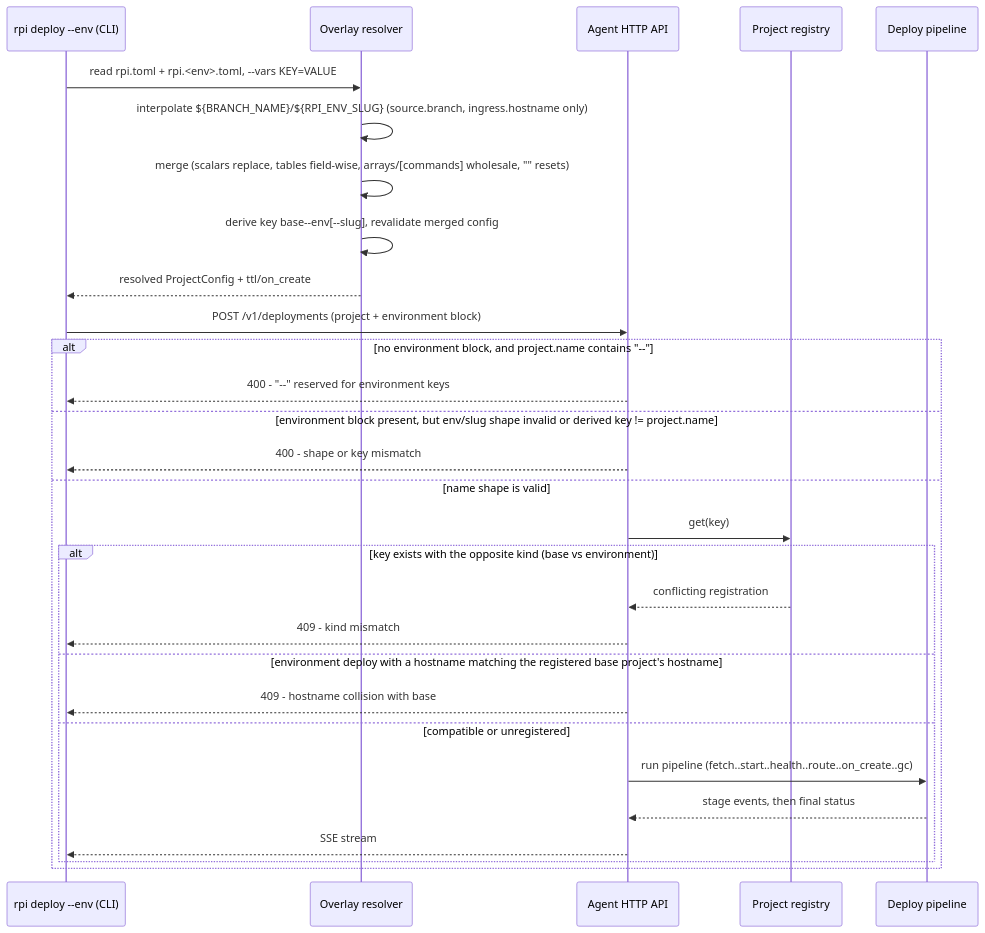
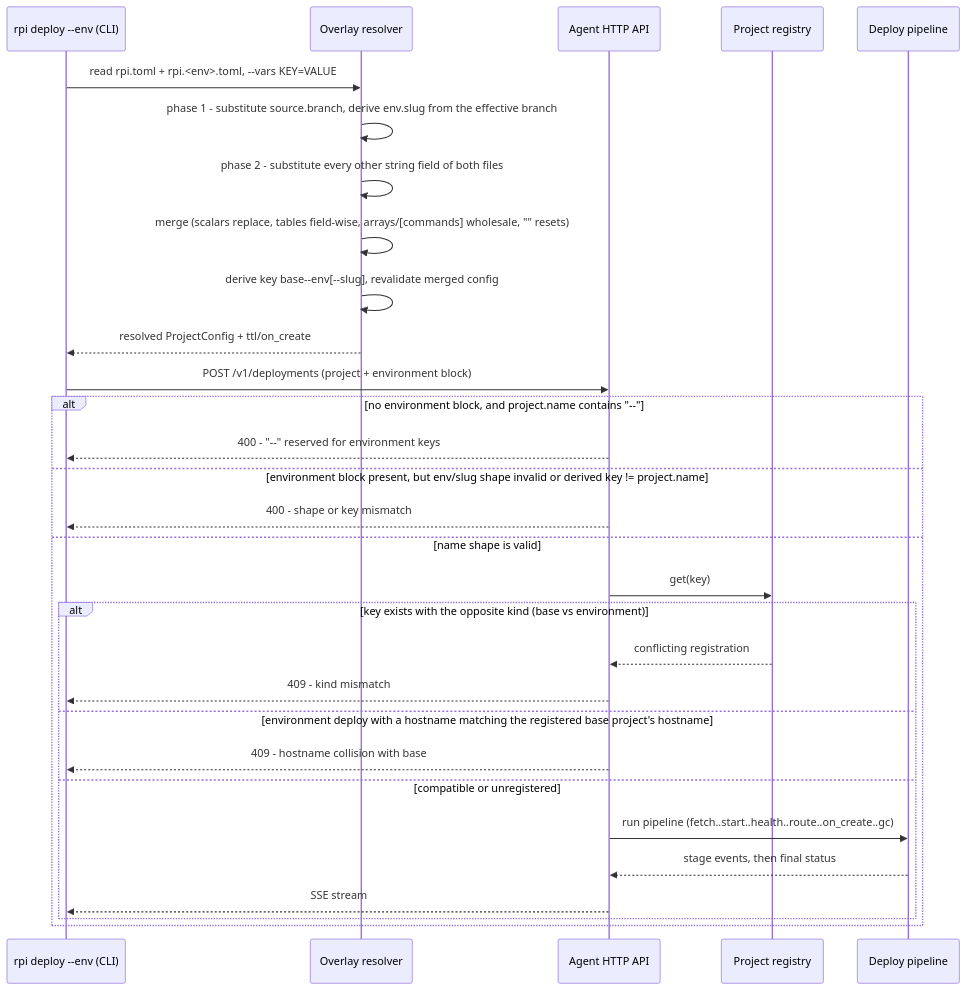
Before and after one commit to khmilevoi/pi-deploy: the first of 2 diagrams in docs/architecture/flows/environments.md, drawn with Mermaid. The commit also changed other lines of this file and 7 other files, not shown here.

````diff
--- a/docs/architecture/flows/environments.md
+++ b/docs/architecture/flows/environments.md
@@ -15,32 +15,33 @@
 ```mermaid
 sequenceDiagram
     participant CLI as rpi deploy --env (CLI)
     participant Ovl as Overlay resolver
     participant API as Agent HTTP API
     participant Reg as Project registry
     participant P as Deploy pipeline
 
     CLI->>Ovl: read rpi.toml + rpi.<env>.toml, --vars KEY=VALUE
-    Ovl->>Ovl: interpolate ${BRANCH_NAME}/${RPI_ENV_SLUG} (source.branch, ingress.hostname only)
+    Ovl->>Ovl: phase 1 - substitute source.branch, derive env.slug from the effective branch
+    Ovl->>Ovl: phase 2 - substitute every other string field of both files
     Ovl->>Ovl: merge (scalars replace, tables field-wise, arrays/[commands] wholesale, "" resets)
     Ovl->>Ovl: derive key base--env[--slug], revalidate merged config
     Ovl-->>CLI: resolved ProjectConfig + ttl/on_create
     CLI->>API: POST /v1/deployments (project + environment block)
     alt no environment block, and project.name contains "--"
         API-->>CLI: 400 - "--" reserved for environment keys
     else environment block present, but env/slug shape invalid or derived key != project.name
         API-->>CLI: 400 - shape or key mismatch
     else name shape is valid
         API->>Reg: get(key)
         alt key exists with the opposite kind (base vs environment)
             Reg-->>API: conflicting registration
             API-->>CLI: 409 - kind mismatch
         else environment deploy with a hostname matching the registered base project's hostname
             API-->>CLI: 409 - hostname collision with base
         else compatible or unregistered
             API->>P: run pipeline (fetch..start..health..route..on_create..gc)
             P-->>API: stage events, then final status
             API-->>CLI: SSE stream
         end
     end
 ```
````
